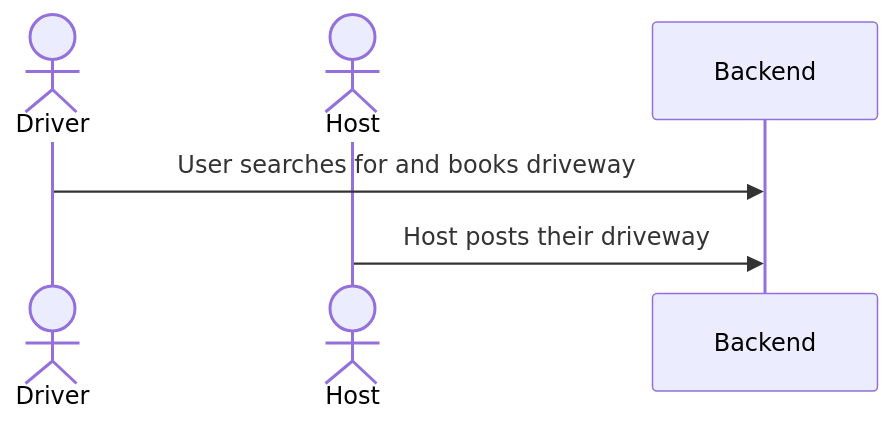
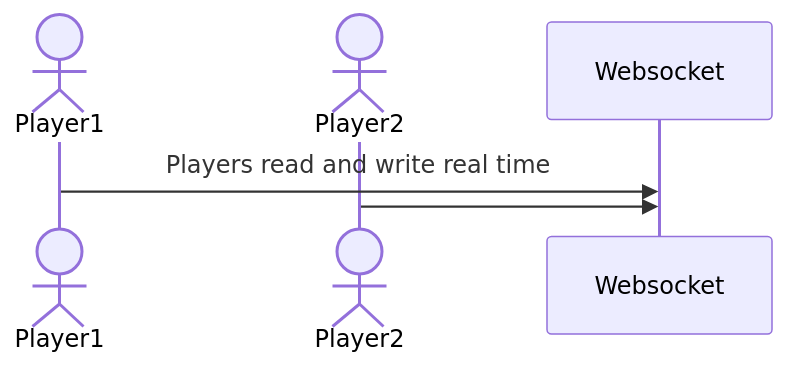
One commit to aleczaitz/startup changed the diagram in README.md. Above: the diagram before and after it, drawn with Mermaid. The commit also changed other lines of this file and 5 other files, not shown here.

````diff
--- a/README.md
+++ b/README.md
@@ -27,7 +27,7 @@
 ```mermaid
 sequenceDiagram
-    actor Driver
-    actor Host
-    Driver->>Backend: User searches for and books driveway
-    Host->>Backend: Host posts their driveway
+    actor Player1
+    actor Player2
+    Player1->>Websocket: Players read and write real time
+    Player2->>Websocket: 
 ```
````
